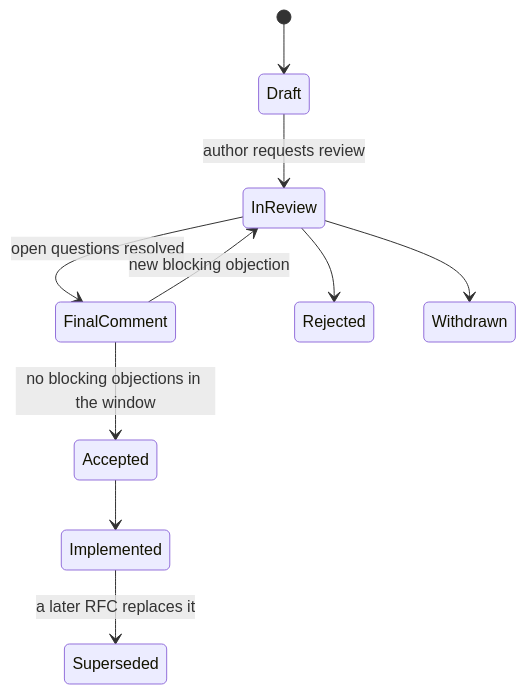
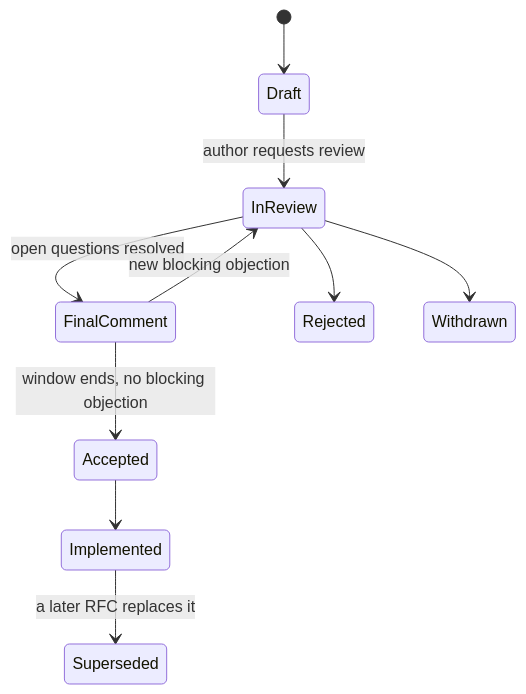
One commit to thull32/ascend changed the diagram in content/tracks/13-senior-craft/03-technical-leadership/04-design-docs-and-rfcs.md. Above: the diagram before and after it, drawn with Mermaid. The commit also changed other lines of this file and 7 other files, not shown here.

````diff
--- a/content/tracks/13-senior-craft/03-technical-leadership/04-design-docs-and-rfcs.md
+++ b/content/tracks/13-senior-craft/03-technical-leadership/04-design-docs-and-rfcs.md
@@ -95,12 +166,12 @@
 ```mermaid
 stateDiagram-v2
     [*] --> Draft
     Draft --> InReview: author requests review
     InReview --> FinalComment: open questions resolved
-    FinalComment --> Accepted: no blocking objections in the window
+    FinalComment --> Accepted: window ends, no blocking objection
     FinalComment --> InReview: new blocking objection
     InReview --> Rejected
     InReview --> Withdrawn
     Accepted --> Implemented
     Implemented --> Superseded: a later RFC replaces it
 ```
````
